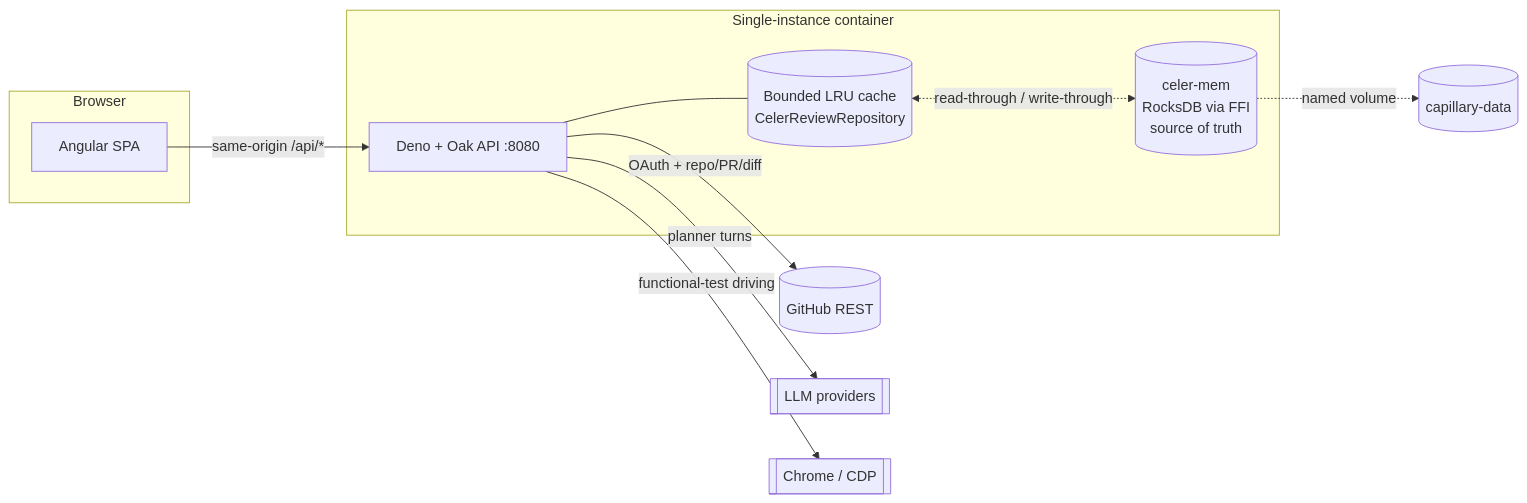
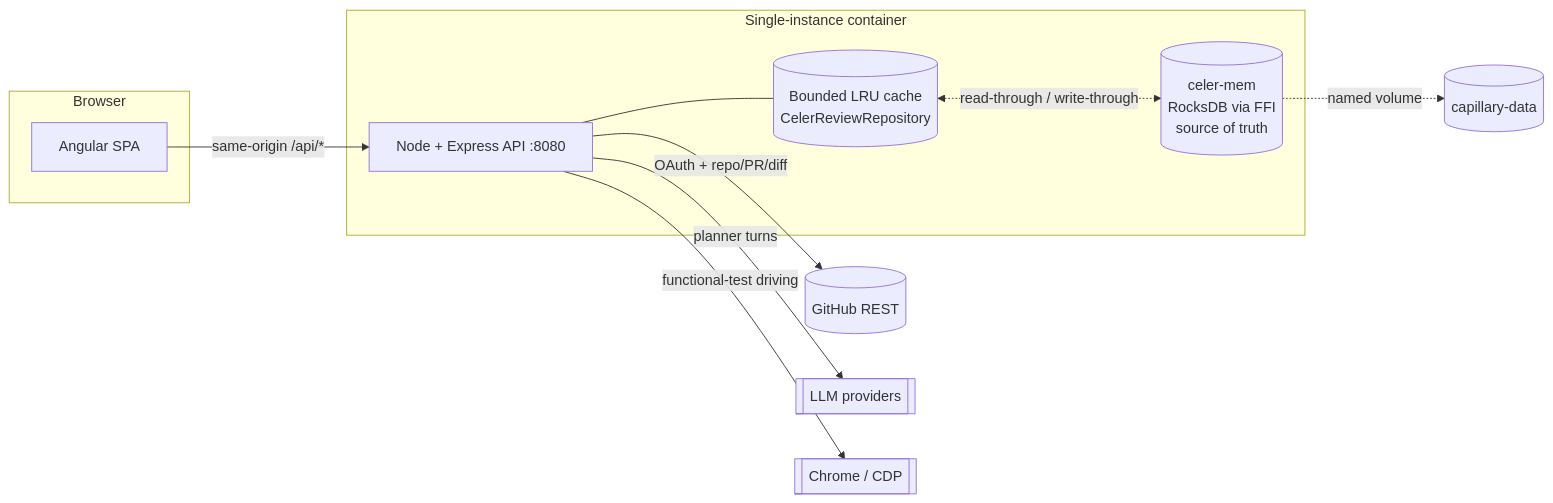
One commit to Solesius/capillary-cr changed the first of 5 diagrams in ARCHITECTURE.md. Above: the diagram before and after it, drawn with Mermaid. The commit also changed other lines of this file and 208 other files, not shown here.

First line of the commit message:
Cut over to the Node.js API and remove the Deno API (#63)

````diff
--- a/ARCHITECTURE.md
+++ b/ARCHITECTURE.md
@@ -35,22 +35,22 @@
 ```mermaid
 flowchart LR
     subgraph Browser
       NG[Angular SPA]
     end
     subgraph Host["Single-instance container"]
-      API[Deno + Oak API :8080]
+      API[Node + Express API :8080]
       REPO[(Bounded LRU cache\nCelerReviewRepository)]
       CELER[(celer-mem\nRocksDB via FFI\nsource of truth)]
       API --- REPO
       REPO <-. read-through / write-through .-> CELER
     end
     GH[(GitHub REST)]
     LLM[[LLM providers]]
     CDP[[Chrome / CDP]]
 
     NG -- same-origin /api/* --> API
     API -- OAuth + repo/PR/diff --> GH
     API -- planner turns --> LLM
     API -- functional-test driving --> CDP
     CELER -. named volume .-> VOL[(capillary-data)]
 ```
````
